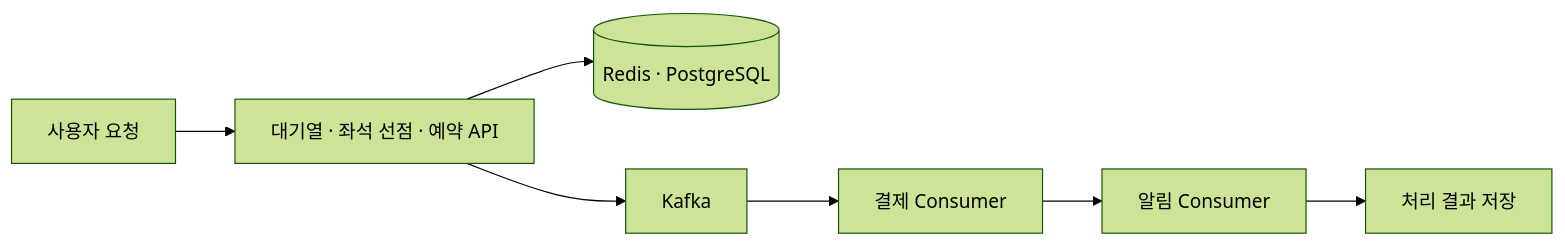
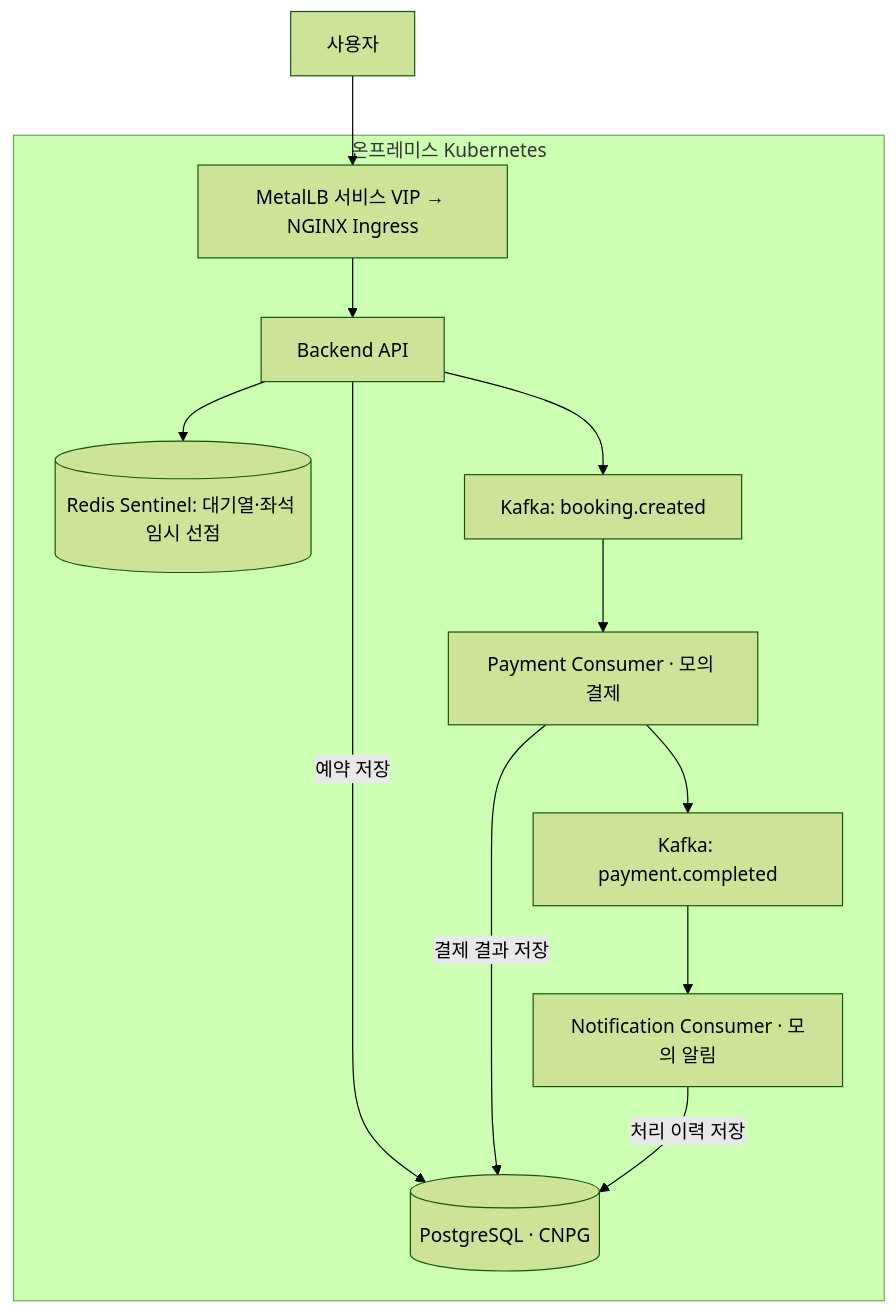
The first of 3 diagrams in docs/second-project.md (wldnjs0653/ticket-rail), drawn with Mermaid (forest theme) before and after one commit. The commit also changed other lines of this file, not shown here.

Commit message:
docs: explain phase two architecture and flow for all three environments

````diff
--- a/docs/second-project.md
+++ b/docs/second-project.md
@@ -23,9 +33,15 @@
 ```mermaid
-flowchart LR
-    U[사용자 요청] --> API[대기열 · 좌석 선점 · 예약 API]
-    API --> DATA[(Redis · PostgreSQL)]
-    API --> KAFKA[Kafka]
-    KAFKA --> PAY[결제 Consumer]
-    PAY --> NOTI[알림 Consumer]
-    NOTI --> RESULT[처리 결과 저장]
+flowchart TB
+    U["사용자"] --> ENTRY["MetalLB 서비스 VIP → NGINX Ingress"]
+    subgraph ONPREM["온프레미스 Kubernetes"]
+        ENTRY --> API["Backend API"]
+        API --> REDIS[("Redis Sentinel: 대기열·좌석 임시 선점")]
+        API -->|예약 저장| PG[("PostgreSQL · CNPG")]
+        API --> BK["Kafka: booking.created"]
+        BK --> PAY["Payment Consumer · 모의 결제"]
+        PAY -->|결제 결과 저장| PG
+        PAY --> PC["Kafka: payment.completed"]
+        PC --> NOTI["Notification Consumer · 모의 알림"]
+        NOTI -->|처리 이력 저장| PG
+    end
 ```
````
